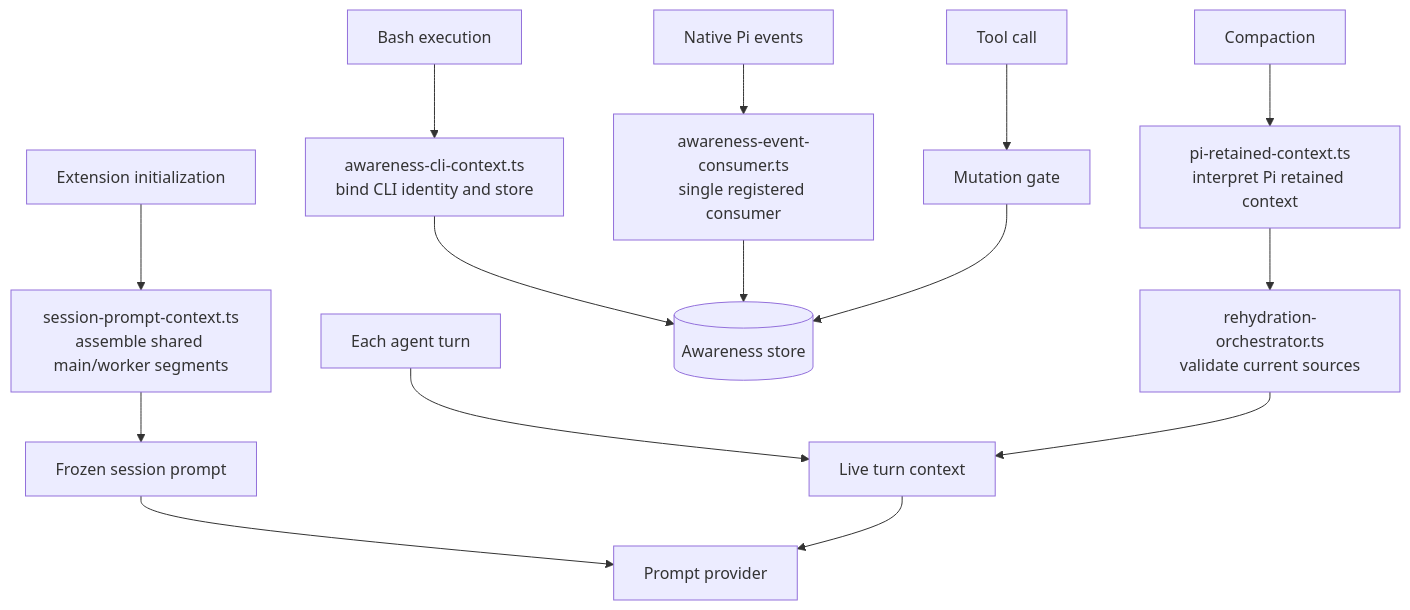
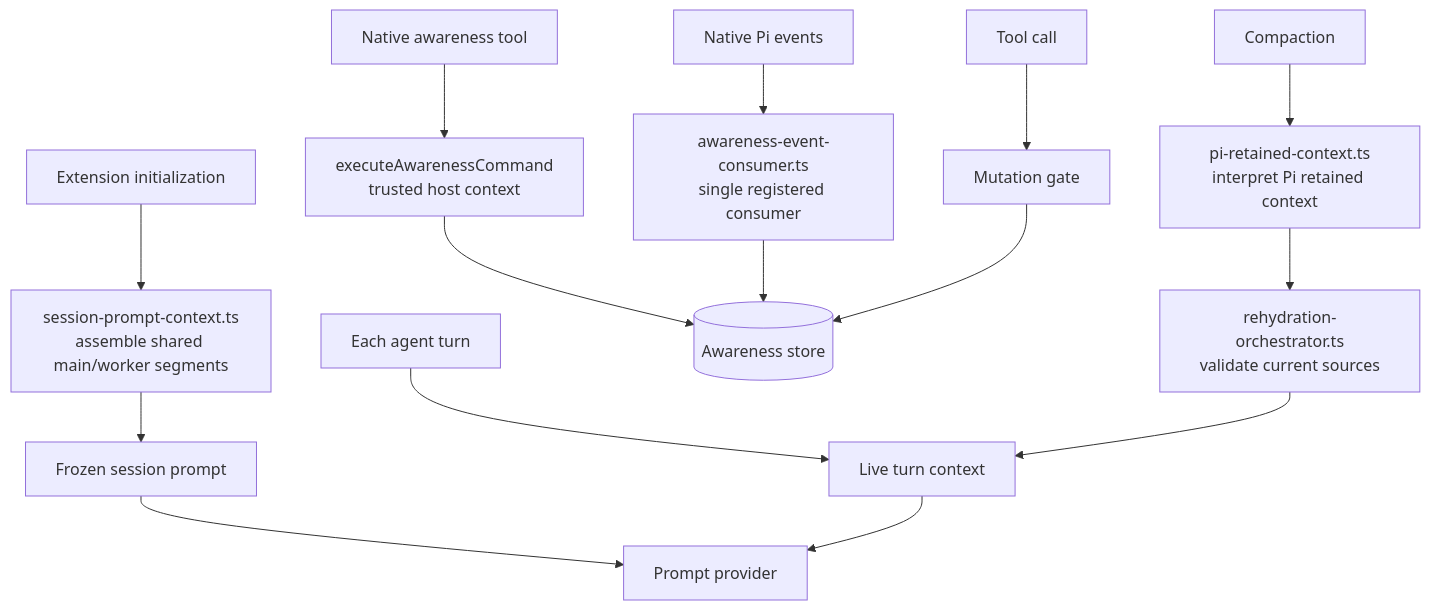
One commit to bgauryy/octocode-mcp changed the diagram in packages/octocode-pi-extension/ARCHITECTURE.md. Above: the diagram before and after it, drawn with Mermaid. The commit also changed other lines of this file and 756 other files, not shown here.

````diff
--- a/packages/octocode-pi-extension/ARCHITECTURE.md
+++ b/packages/octocode-pi-extension/ARCHITECTURE.md
@@ -222,17 +228,17 @@
 ```mermaid
 flowchart TD
   Init[Extension initialization] --> Assemble[session-prompt-context.ts<br/>assemble shared main/worker segments]
   Assemble --> Frozen[Frozen session prompt]
   Frozen --> Provider[Prompt provider]
   Turn[Each agent turn] --> Live[Live turn context]
   Live --> Provider
-  Bash[Bash execution] --> Cli[awareness-cli-context.ts<br/>bind CLI identity and store]
+  Native[Native awareness tool] --> API[executeAwarenessCommand<br/>trusted host context]
   Events[Native Pi events] --> Consumer[awareness-event-consumer.ts<br/>single registered consumer]
   ToolCall[Tool call] --> Mutation[Mutation gate]
-  Cli --> Store[(Awareness store)]
+  API --> Store[(Awareness store)]
   Consumer --> Store
   Mutation --> Store
   Compact[Compaction] --> PiAdapter[pi-retained-context.ts<br/>interpret Pi retained context]
   PiAdapter --> Rehydrate[rehydration-orchestrator.ts<br/>validate current sources]
   Rehydrate --> Live
 ```
````
